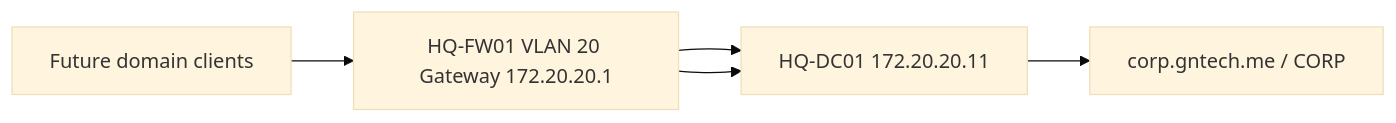
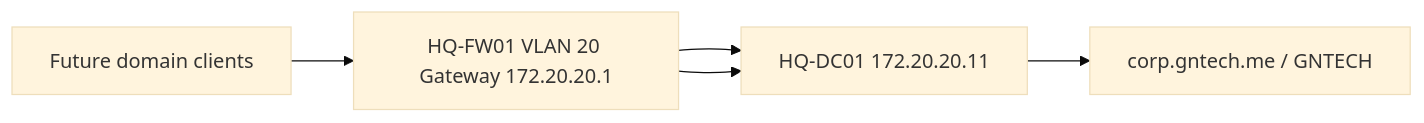
Before and after one commit to gntech-dev/geil-enterprise-docs: the first of 2 diagrams in docs/microsoft-core/active-directory-implementation.md, drawn with Mermaid (base theme). The commit also changed other lines of this file and 19 other files, not shown here.

Commit message:
docs: define hybrid identity namespace architecture

````diff
--- a/docs/microsoft-core/active-directory-implementation.md
+++ b/docs/microsoft-core/active-directory-implementation.md
@@ -114,10 +116,10 @@
 ```mermaid
 flowchart LR
     FW[HQ-FW01 VLAN 20 Gateway 172.20.20.1]
     DC[HQ-DC01 172.20.20.11]
-    AD[corp.gntech.me / CORP]
+    AD[corp.gntech.me / GNTECH]
     CLIENTS[Future domain clients]
 
     FW --> DC --> AD
     CLIENTS --> FW --> DC
 ```
````
